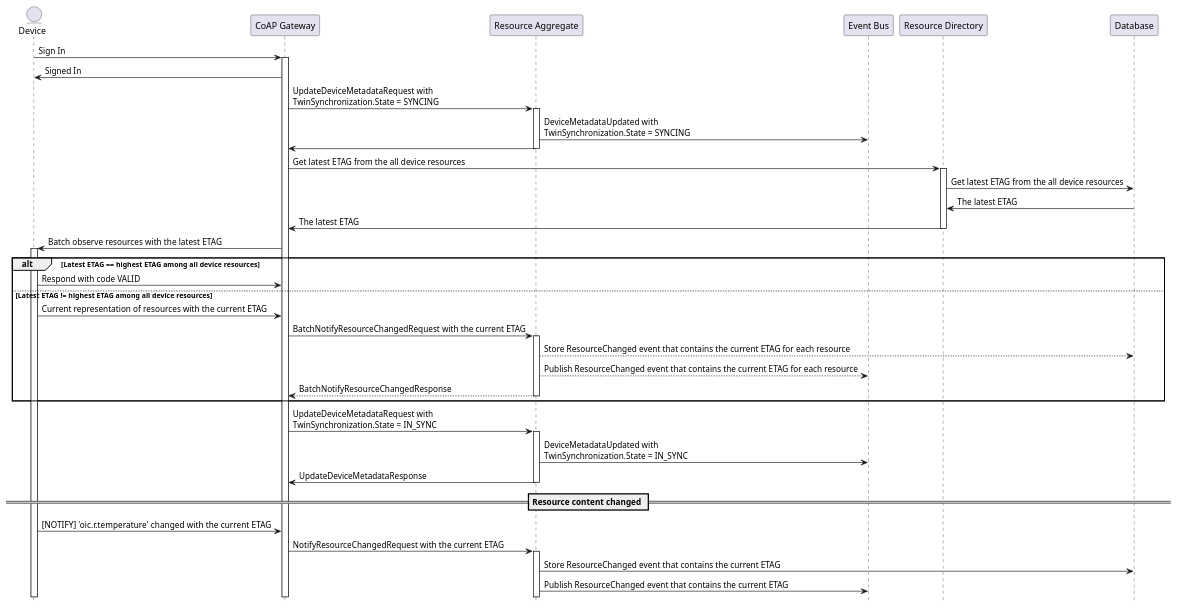
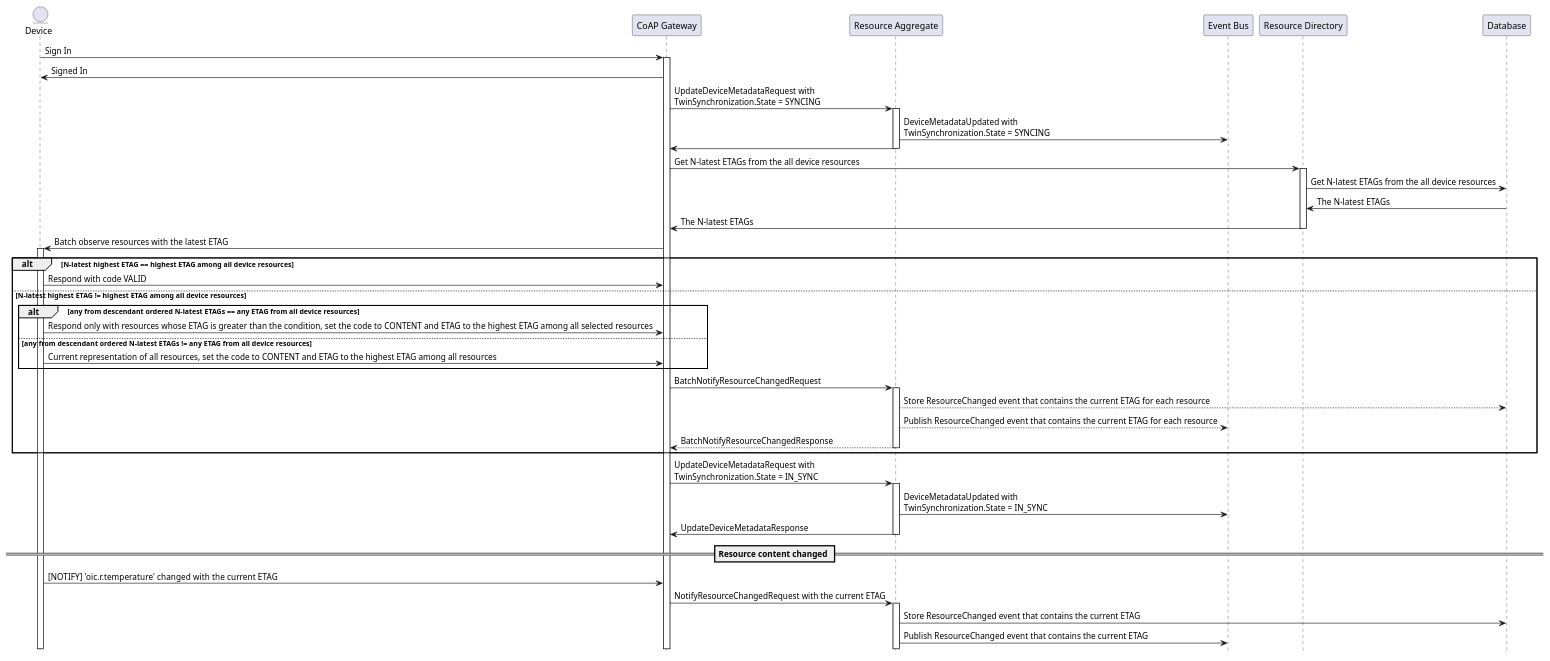
Before and after one commit to plgd-dev/doc: the diagram in content/en/docs/features/control-plane/entity-tag.md, drawn with PlantUML. The commit also changed other lines of this file and 1 other file, not shown here.

First line of the commit message:
etag: incremental changes (#117)

```diff
--- a/content/en/docs/features/control-plane/entity-tag.md
+++ b/content/en/docs/features/control-plane/entity-tag.md
@@ -162,46 +187,50 @@
 {{< plantuml id="etag-batch-observe" >}}
 @startuml Sequence
 skinparam backgroundColor transparent
 hide footbox
 
 entity Device as "Device"
 participant CGW as "CoAP Gateway"
 participant RA as "Resource Aggregate"
 participant EB as "Event Bus"
 participant RD as "Resource Directory"
 
 Device -> CGW ++: Sign In
 CGW ->Device: Signed In
 CGW -> RA++: UpdateDeviceMetadataRequest with\nTwinSynchronization.State = SYNCING
 RA -> EB: DeviceMetadataUpdated with\nTwinSynchronization.State = SYNCING
 RA -> CGW
 deactivate RA
-CGW -> RD++: Get latest ETAG from the all device resources
-RD -> Database: Get latest ETAG from the all device resources
-Database -> RD: The latest ETAG
-RD -> CGW: The latest ETAG
-deactivate RD
+CGW -> RD++: Get N-latest ETAGs from the all device resources
+RD -> Database: Get N-latest ETAGs from the all device resources
+Database -> RD: The N-latest ETAGs
+ RD -> CGW: The N-latest ETAGs
+ deactivate RD
 CGW -> Device++: Batch observe resources with the latest ETAG
-alt Latest ETAG == highest ETAG among all device resources
-Device -> CGW: Respond with code VALID
-else Latest ETAG != highest ETAG among all device resources
-Device -> CGW: Current representation of resources with the current ETAG
-CGW -> RA++: BatchNotifyResourceChangedRequest with the current ETAG
+alt N-latest highest ETAG == highest ETAG among all device resources
+  Device -> CGW: Respond with code VALID
+else N-latest highest ETAG != highest ETAG among all device resources
+  alt any from descendant ordered N-latest ETAGs == any ETAG from all device resources
+    Device -> CGW: Respond only with resources whose ETAG is greater than the condition, set the code to CONTENT and ETAG to the highest ETAG among all selected resources
+  else any from descendant ordered N-latest ETAGs != any ETAG from all device resources
+    Device -> CGW: Current representation of all resources, set the code to CONTENT and ETAG to the highest ETAG among all resources
+  end
+  CGW -> RA++: BatchNotifyResourceChangedRequest
   RA --> Database: Store ResourceChanged event that contains the current ETAG for each resource
   RA --> EB: Publish ResourceChanged event that contains the current ETAG for each resource
-return BatchNotifyResourceChangedResponse
+  return BatchNotifyResourceChangedResponse
 end
 CGW -> RA++: UpdateDeviceMetadataRequest with\nTwinSynchronization.State = IN_SYNC
 RA -> EB: DeviceMetadataUpdated with\nTwinSynchronization.State = IN_SYNC
 RA -> CGW: UpdateDeviceMetadataResponse
 deactivate RA
 
 == Resource content changed ==
 
 Device -> CGW : [NOTIFY] 'oic.r.temperature' changed with the current ETAG
 CGW -> RA++: NotifyResourceChangedRequest with the current ETAG
 RA -> Database: Store ResourceChanged event that contains the current ETAG
 RA -> EB: Publish ResourceChanged event that contains the current ETAG
 
 @enduml
 {{< /plantuml >}}
```
